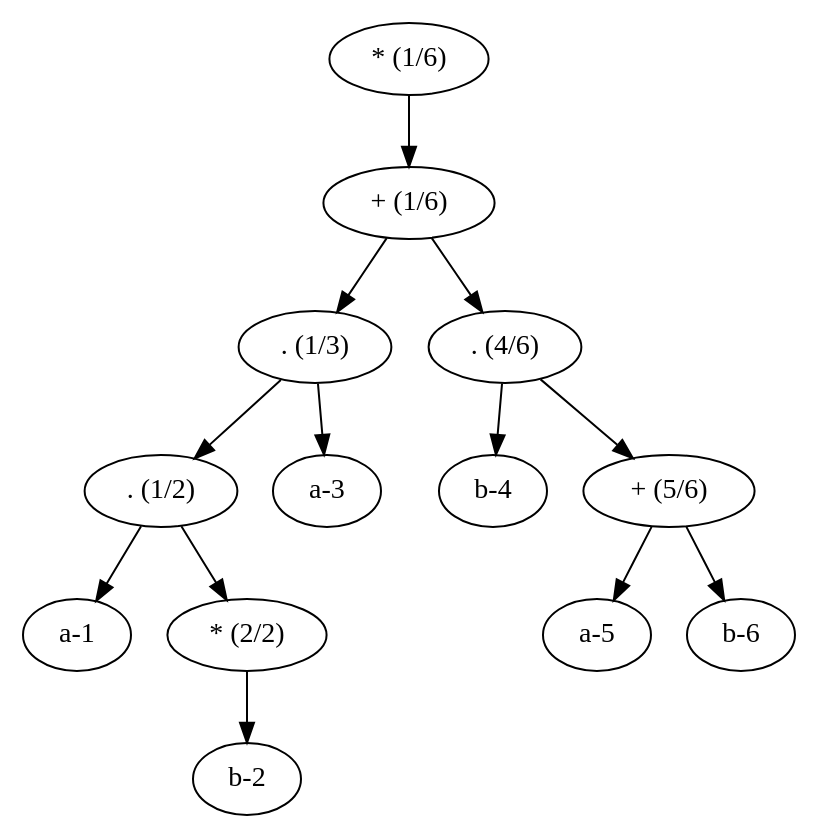
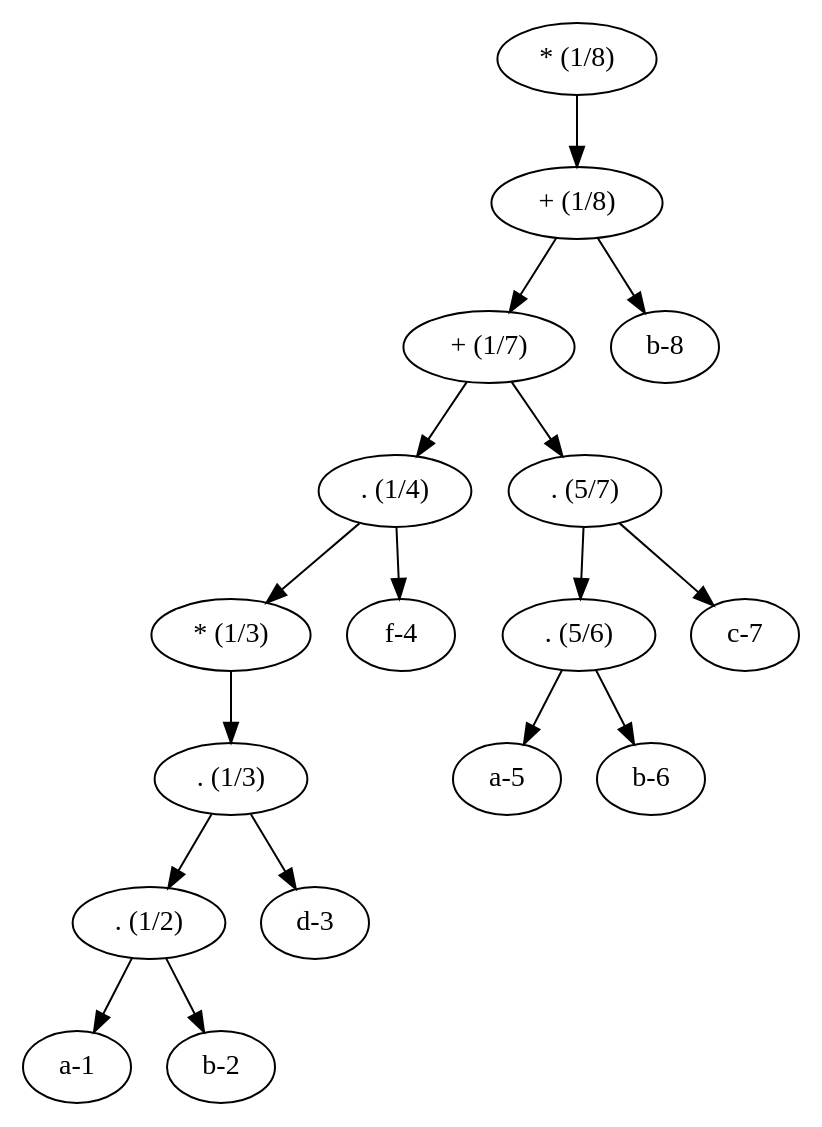
Before and after one commit to rtisne/ITProjet: the diagram in test.dot, drawn with Graphviz. The commit also changed 35 other files, not shown here.

```diff
--- a/test.dot
+++ b/test.dot
@@ -1,27 +1,35 @@
 digraph G{
-	node1 [label = "* (1/6)"];
+	node1 [label = "* (1/8)"];
 	node1 -> node2;
-	node2 [label = "+ (1/6)"];
+	node2 [label = "+ (1/8)"];
 	node2 -> node3;
-	node3 [label = ". (1/3)"];
+	node3 [label = "+ (1/7)"];
 	node3 -> node4;
-	node4 [label = ". (1/2)"];
+	node4 [label = ". (1/4)"];
 	node4 -> node5;
-	node5 [label = "a-1"];
-	node4 -> node7;
-	node7 [label = "* (2/2)"];
+	node5 [label = "* (1/3)"];
+	node5 -> node6;
+	node6 [label = ". (1/3)"];
+	node6 -> node7;
+	node7 [label = ". (1/2)"];
 	node7 -> node8;
-	node8 [label = "b-2"];
-	node3 -> node10;
-	node10 [label = "a-3"];
-	node2 -> node12;
-	node12 [label = ". (4/6)"];
-	node12 -> node13;
-	node13 [label = "b-4"];
-	node12 -> node15;
-	node15 [label = "+ (5/6)"];
-	node15 -> node16;
-	node16 [label = "a-5"];
-	node15 -> node18;
-	node18 [label = "b-6"];
+	node8 [label = "a-1"];
+	node7 -> node10;
+	node10 [label = "b-2"];
+	node6 -> node12;
+	node12 [label = "d-3"];
+	node4 -> node14;
+	node14 [label = "f-4"];
+	node3 -> node16;
+	node16 [label = ". (5/7)"];
+	node16 -> node17;
+	node17 [label = ". (5/6)"];
+	node17 -> node18;
+	node18 [label = "a-5"];
+	node17 -> node20;
+	node20 [label = "b-6"];
+	node16 -> node22;
+	node22 [label = "c-7"];
+	node2 -> node24;
+	node24 [label = "b-8"];
 }
```
